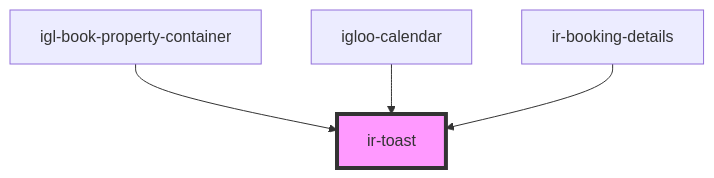
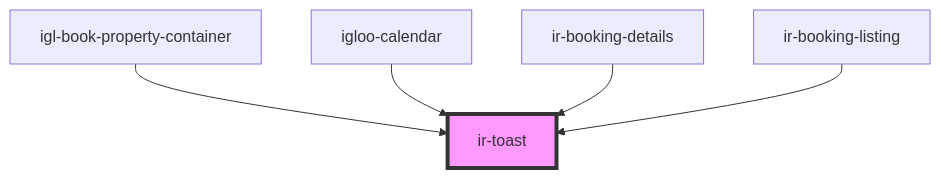
One commit to David1Chowaifaty/modified-ir-webcmp changed the diagram in src/components/ir-toast/readme.md. Above: the diagram before and after it, drawn with Mermaid. The commit also changed other lines of this file and 47 other files, not shown here.

Commit message:
still working on the booking listing

````diff
--- a/src/components/ir-toast/readme.md
+++ b/src/components/ir-toast/readme.md
@@ -24,7 +25,8 @@
 ```mermaid
 graph TD;
   igl-book-property-container --> ir-toast
   igloo-calendar --> ir-toast
   ir-booking-details --> ir-toast
+  ir-booking-listing --> ir-toast
   style ir-toast fill:#f9f,stroke:#333,stroke-width:4px
 ```
````
